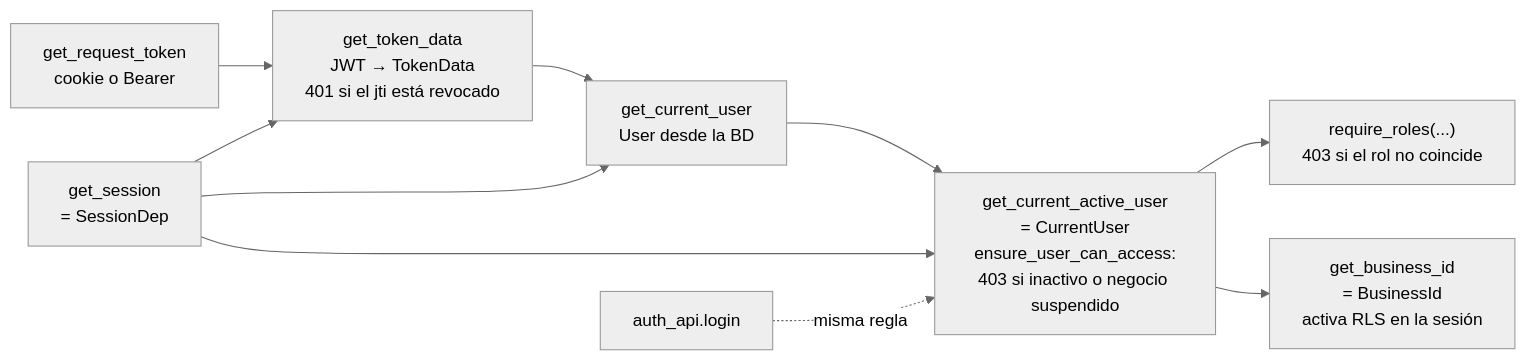
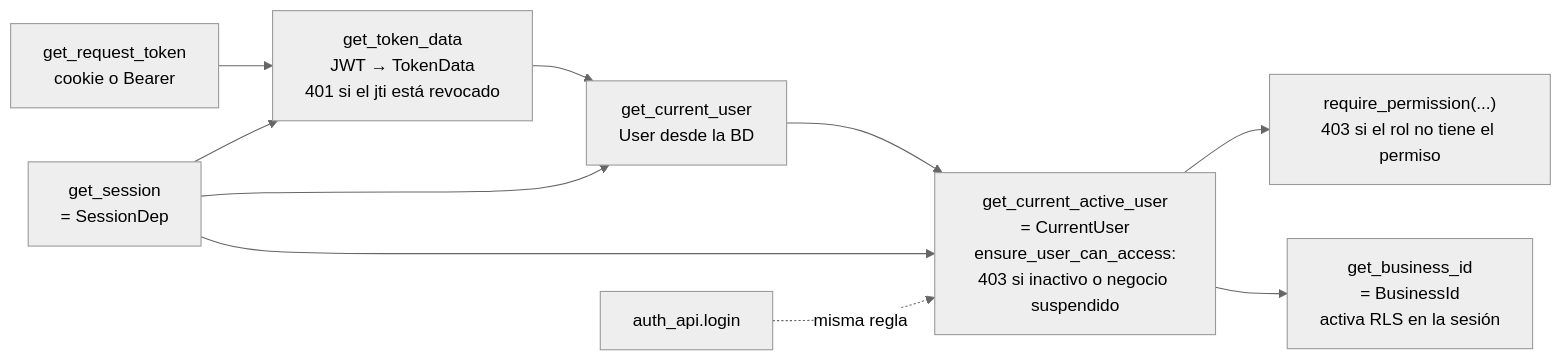
One commit to AGA-Studio/Member-Web changed diagram 13 of 15 in docs/ARCHITECTURE.md. Above: the diagram before and after it, drawn with Mermaid (neutral theme). The commit also changed other lines of this file and 3 other files, not shown here.

````diff
--- a/docs/ARCHITECTURE.md
+++ b/docs/ARCHITECTURE.md
@@ -733,12 +752,12 @@
 ```mermaid
 flowchart LR
     RT["get_request_token<br/>cookie o Bearer"] --> T
     T["get_token_data<br/>JWT → TokenData<br/>401 si el jti está revocado"] --> CU["get_current_user<br/>User desde la BD"]
     CU --> CA["get_current_active_user<br/>= CurrentUser<br/>ensure_user_can_access:<br/>403 si inactivo o negocio suspendido"]
-    CA --> RR["require_roles(...)<br/>403 si el rol no coincide"]
+    CA --> RR["require_permission(...)<br/>403 si el rol no tiene el permiso"]
     CA --> BI["get_business_id<br/>= BusinessId<br/>activa RLS en la sesión"]
     SD["get_session<br/>= SessionDep"] --> CU
     SD --> CA
     SD --> T
     LOGIN["auth_api.login"] -. "misma regla" .-> CA
 ```
````
